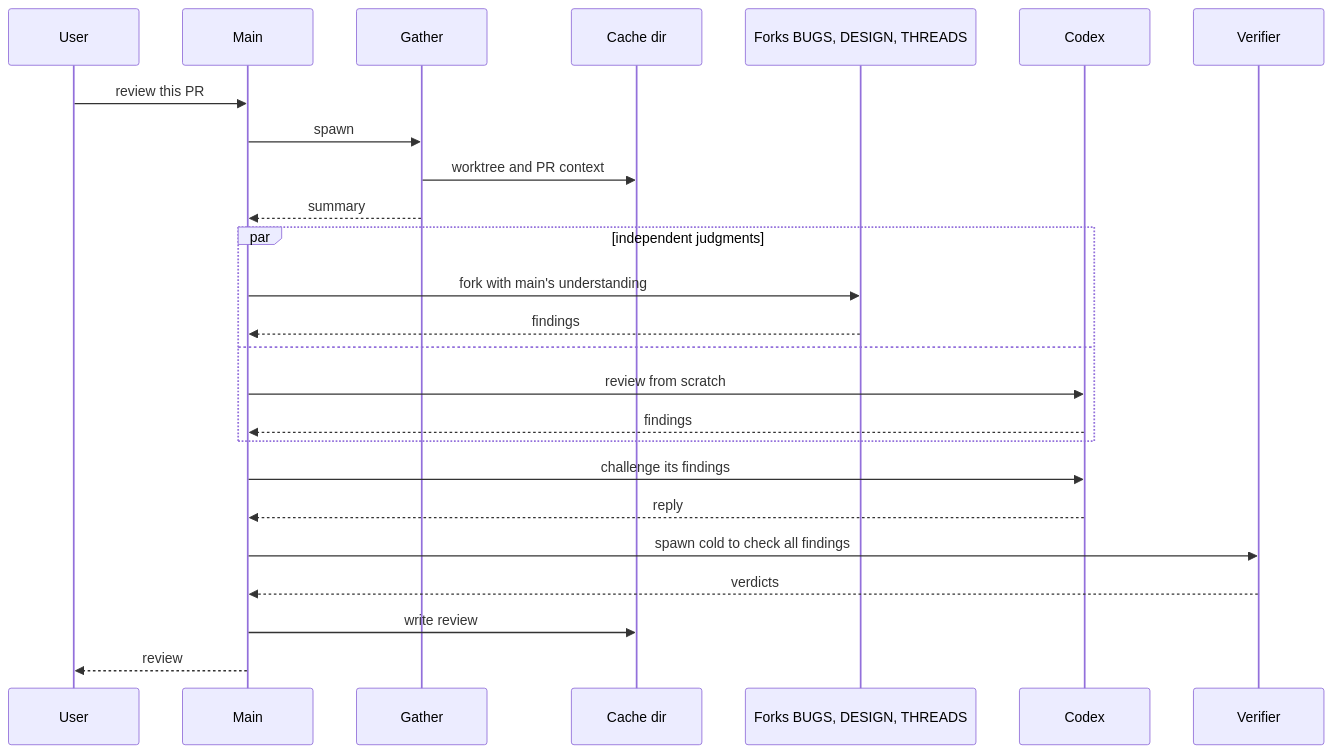
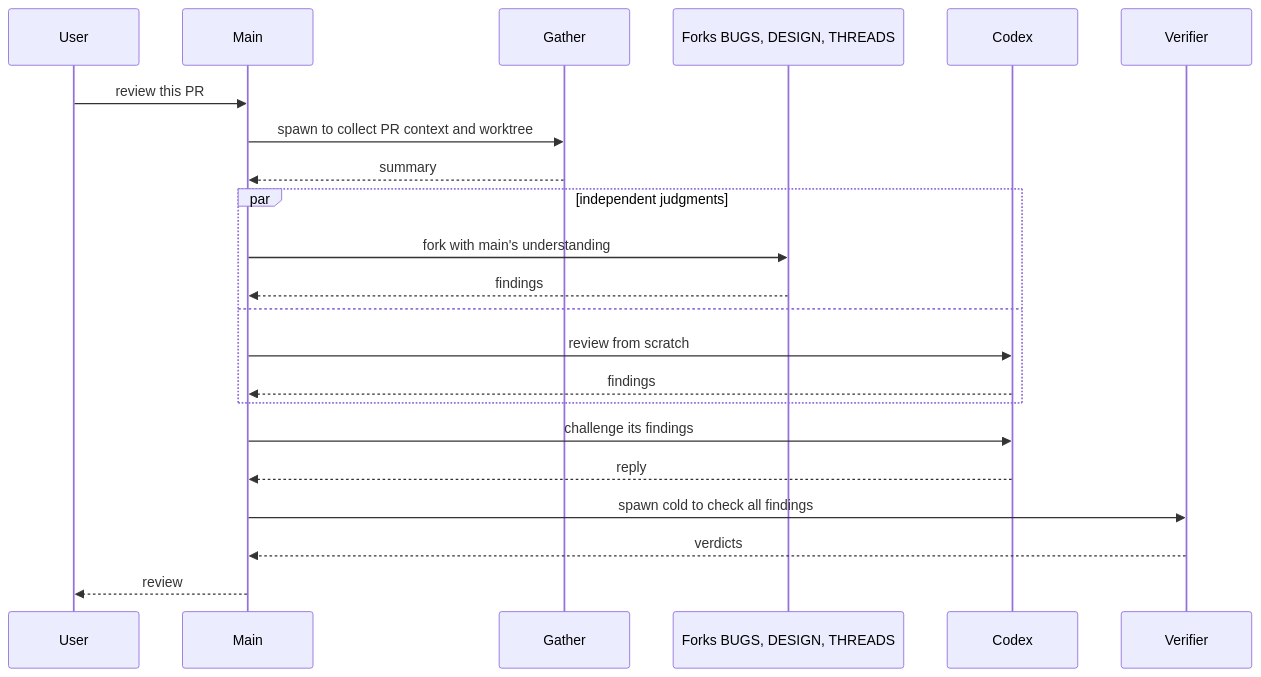
The diagram in review-pr/README.md (spalladino/claude-skills), drawn with Mermaid before and after one commit. The commit also changed 1 other file, not shown here.

Commit message:
docs(review-pr,self-review): drop the cache dir from the README diagrams

````diff
--- a/review-pr/README.md
+++ b/review-pr/README.md
@@ -47,27 +47,24 @@
 ```mermaid
 sequenceDiagram
     participant U as User
     participant M as Main
     participant G as Gather
-    participant W as Cache dir
     participant F as Forks BUGS, DESIGN, THREADS
     participant C as Codex
     participant V as Verifier
     U->>M: review this PR
-    M->>G: spawn
-    G->>W: worktree and PR context
+    M->>G: spawn to collect PR context and worktree
     G-->>M: summary
     par independent judgments
         M->>F: fork with main's understanding
         F-->>M: findings
     and
         M->>C: review from scratch
         C-->>M: findings
     end
     M->>C: challenge its findings
     C-->>M: reply
     M->>V: spawn cold to check all findings
     V-->>M: verdicts
-    M->>W: write review
     M-->>U: review
 ```
````
